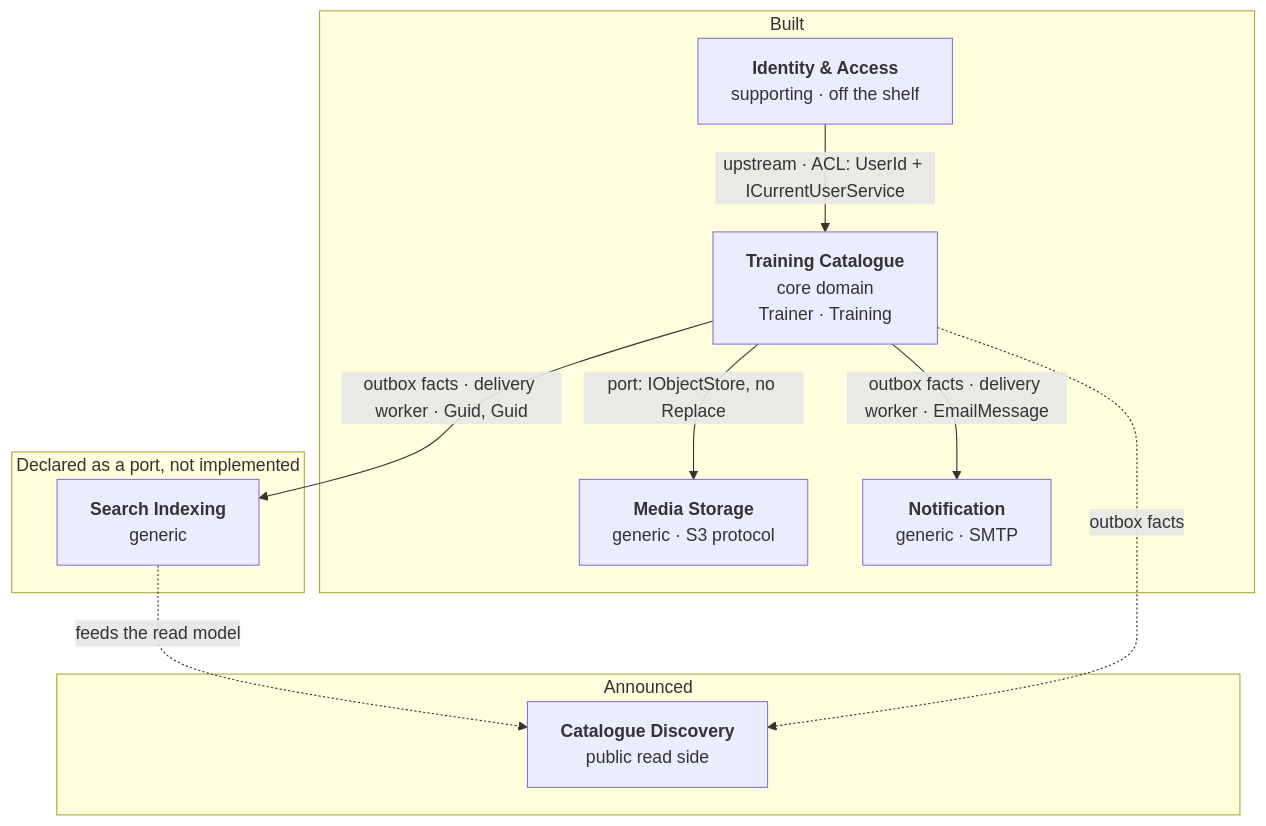
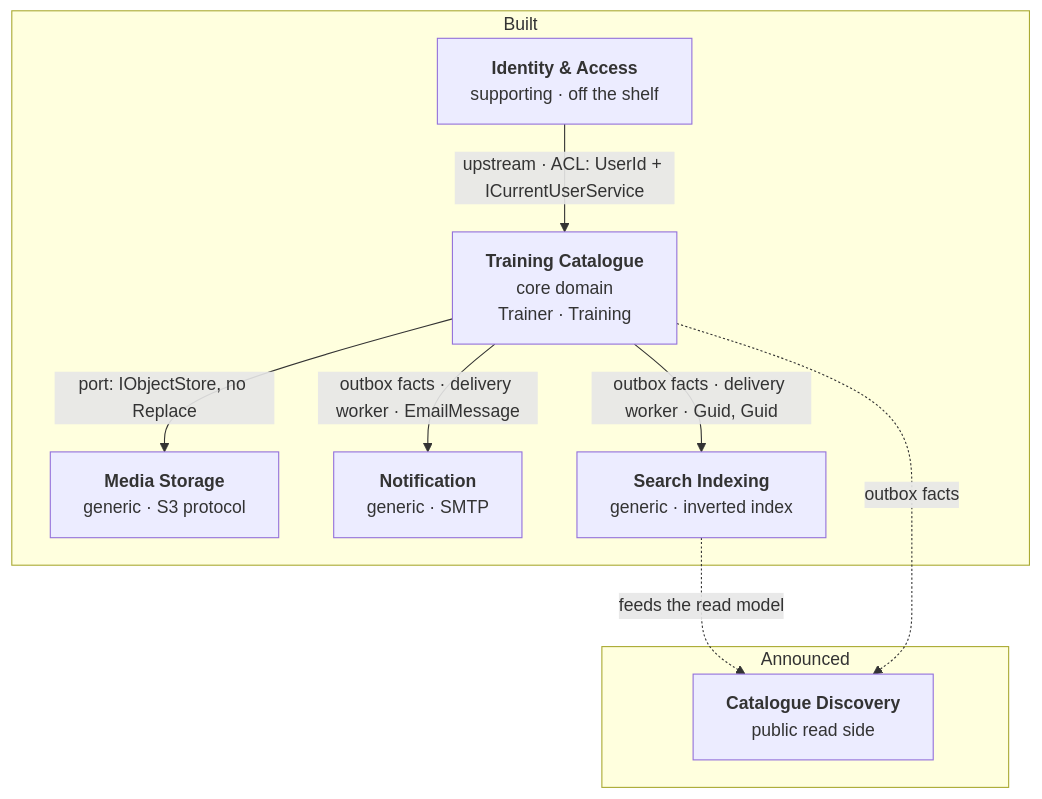
The diagram in docs/strategic-design/context-map.md (maxime-poulain/BLRefactoring), drawn with Mermaid before and after one commit. The commit also changed other lines of this file and 64 other files, not shown here.

````diff
--- a/docs/strategic-design/context-map.md
+++ b/docs/strategic-design/context-map.md
@@ -9,24 +9,21 @@
 ```mermaid
 flowchart TB
     subgraph built ["Built"]
         TC["<b>Training Catalogue</b><br/>core domain<br/>Trainer · Training"]
         IA["<b>Identity &amp; Access</b><br/>supporting · off the shelf"]
         MS["<b>Media Storage</b><br/>generic · S3 protocol"]
         NT["<b>Notification</b><br/>generic · SMTP"]
-    end
-
-    subgraph ports ["Declared as a port, not implemented"]
-        SI["<b>Search Indexing</b><br/>generic"]
+        SI["<b>Search Indexing</b><br/>generic · inverted index"]
     end
 
     subgraph planned ["Announced"]
         CD["<b>Catalogue Discovery</b><br/>public read side"]
     end
 
     IA -- "upstream · ACL: UserId + ICurrentUserService" --> TC
     TC -- "outbox facts · delivery worker · EmailMessage" --> NT
     TC -- "outbox facts · delivery worker · Guid, Guid" --> SI
     TC -- "port: IObjectStore, no Replace" --> MS
     SI -. "feeds the read model" .-> CD
     TC -. "outbox facts" .-> CD
 ```
````
